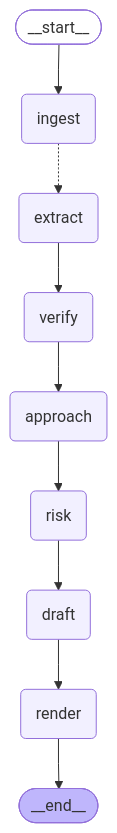
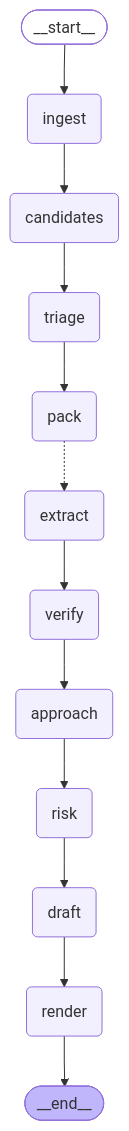
Before and after one commit to chouaibhoues-code/bidwright-rfp-agent: the diagram in docs/agents.md, drawn with Mermaid. The commit also changed other lines of this file and 45 other files, not shown here.

````diff
--- a/docs/agents.md
+++ b/docs/agents.md
@@ -52,28 +53,34 @@
 ```mermaid
 ---
 config:
   flowchart:
     curve: linear
 ---
 graph TD;
 	__start__([<p>__start__</p>]):::first
 	ingest(ingest)
+	candidates(candidates)
+	triage(triage)
+	pack(pack)
 	extract(extract)
 	verify(verify)
 	approach(approach)
 	risk(risk)
 	draft(draft)
 	render(render)
 	__end__([<p>__end__</p>]):::last
 	__start__ --> ingest;
 	approach --> risk;
+	candidates --> triage;
 	draft --> render;
 	extract --> verify;
-	ingest -.-> extract;
+	ingest --> candidates;
+	pack -.-> extract;
 	risk --> draft;
+	triage --> pack;
 	verify --> approach;
 	render --> __end__;
 	classDef default fill:#f2f0ff,line-height:1.2
 	classDef first fill-opacity:0
 	classDef last fill:#bfb6fc
 ```
````
